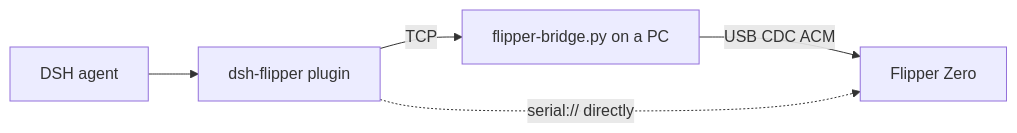
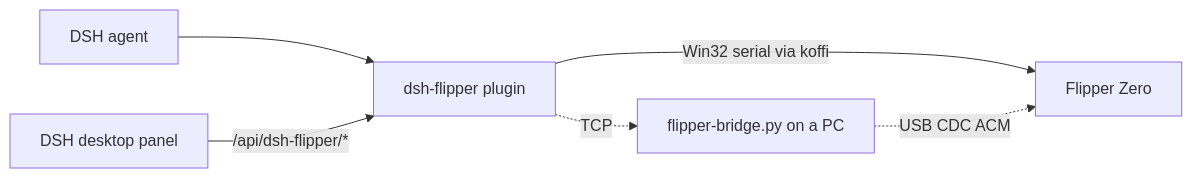
One commit to nazling/dsh-flipper changed the second of 4 diagrams in docs/ARCHITECTURE.md. Above: the diagram before and after it, drawn with Mermaid. The commit also changed other lines of this file and 19 other files, not shown here.

````diff
--- a/docs/ARCHITECTURE.md
+++ b/docs/ARCHITECTURE.md
@@ -21,7 +21,8 @@
 ```mermaid
 flowchart LR
   AI[DSH agent] --> P[dsh-flipper plugin]
-  P -->|TCP| C[flipper-bridge.py on a PC]
-  C -->|USB CDC ACM| F[Flipper Zero]
-  P -.->|serial:// directly| F
+  UI[DSH desktop panel] -->|/api/dsh-flipper/*| P
+  P -->|Win32 serial via koffi| F[Flipper Zero]
+  P -.->|TCP| C[flipper-bridge.py on a PC]
+  C -.->|USB CDC ACM| F
 ```
````
